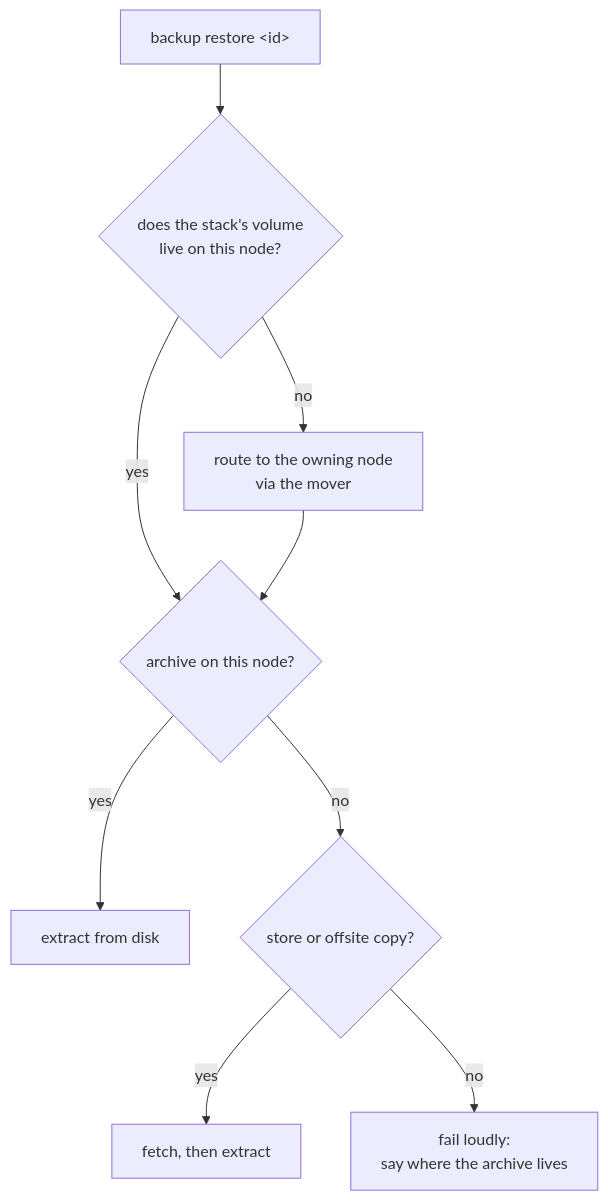
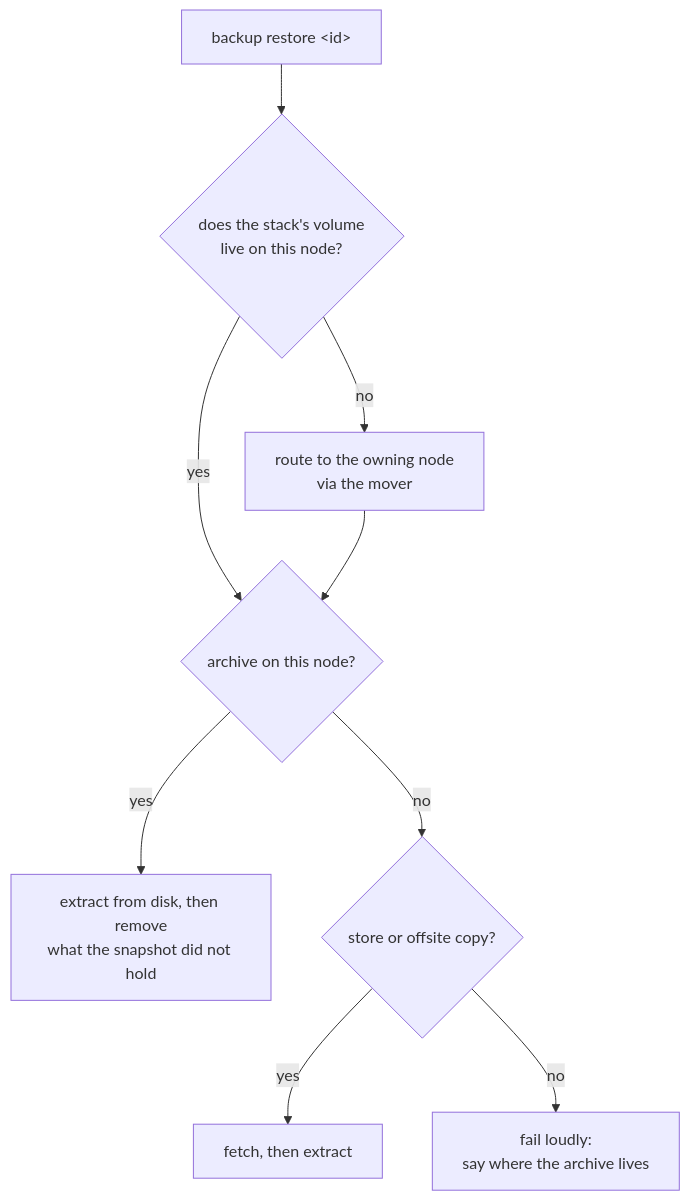
One commit to hazemarian/poor-man-cluster changed the fourth of 8 diagrams in docs/storage-and-databases.md. Above: the diagram before and after it, drawn with Mermaid. The commit also changed other lines of this file and 5 other files, not shown here.

````diff
--- a/docs/storage-and-databases.md
+++ b/docs/storage-and-databases.md
@@ -222,11 +222,11 @@
 ```mermaid
 flowchart TD
     R["backup restore &lt;id&gt;"] --> W{"does the stack's volume<br/>live on this node?"}
     W -->|no| RT["route to the owning node<br/>via the mover"]
     W -->|yes| L{"archive on this node?"}
     RT --> L
-    L -->|yes| D["extract from disk"]
+    L -->|yes| D["extract from disk, then remove<br/>what the snapshot did not hold"]
     L -->|no| O{"store or offsite copy?"}
     O -->|yes| F["fetch, then extract"]
     O -->|no| E["fail loudly:<br/>say where the archive lives"]
 ```
````
